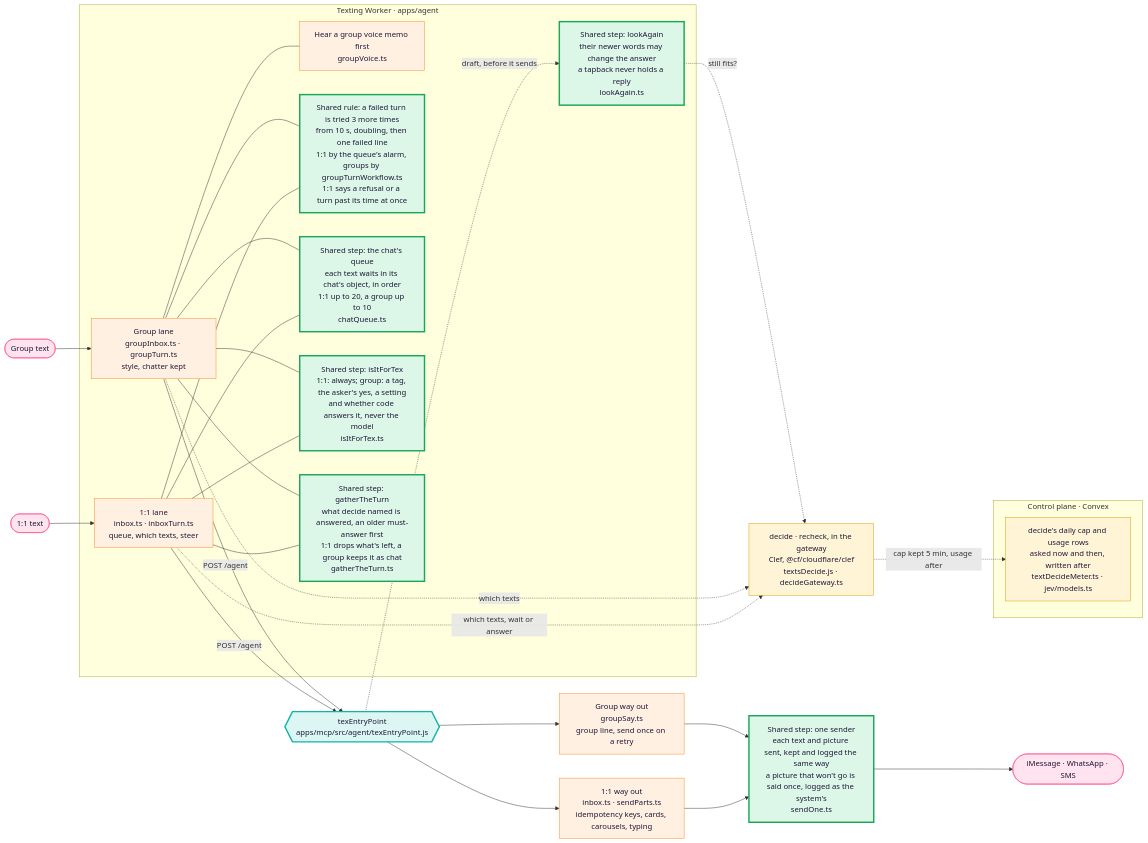
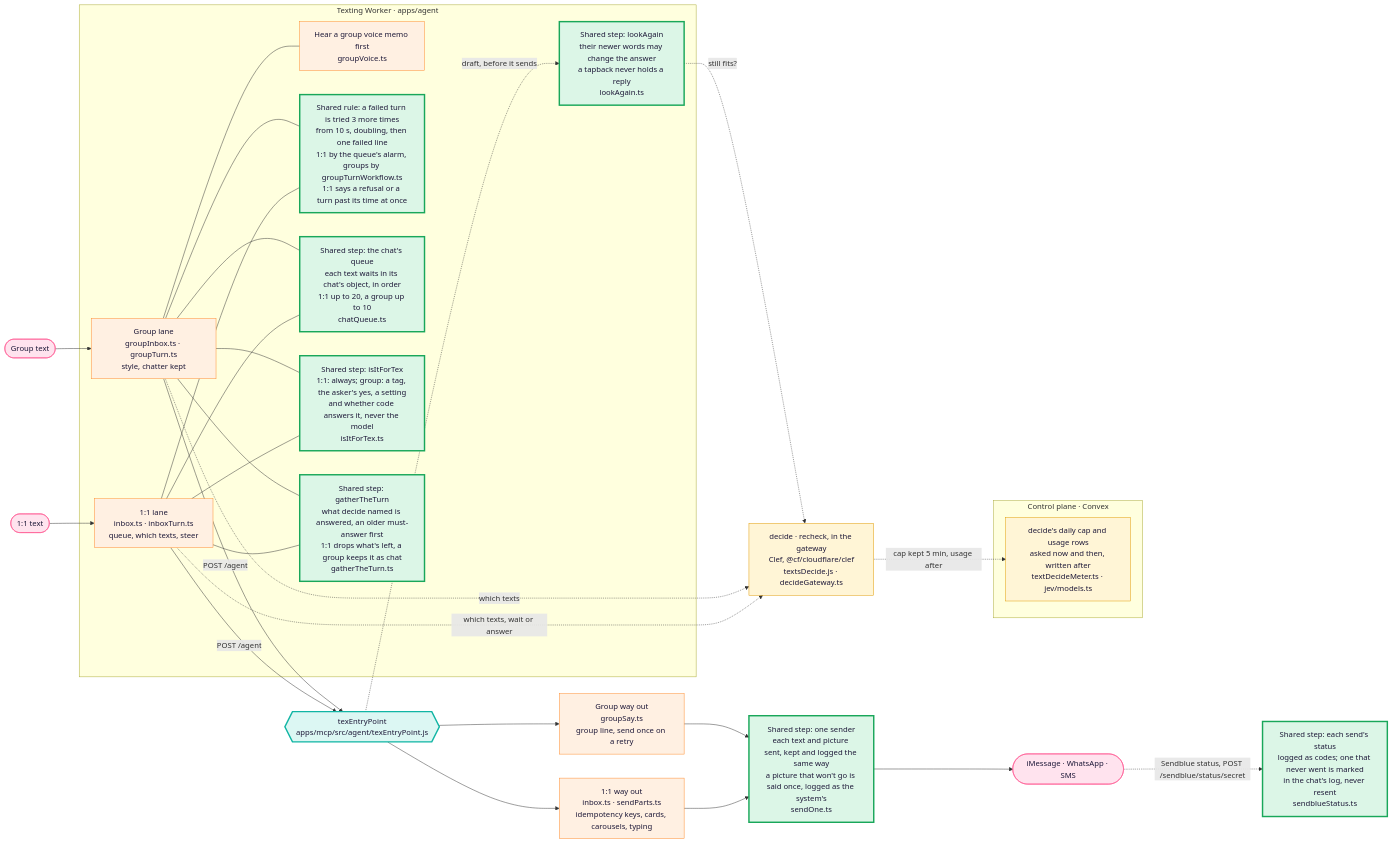
The first of 3 diagrams in docs/architecture/tex.md (Supa-Media/context), drawn with Mermaid before and after one commit. The commit also changed 6 other files, not shown here.

First line of the commit message:
Tex: ask Sendblue for each send's status, and mark a send that never went

````diff
--- a/docs/architecture/tex.md
+++ b/docs/architecture/tex.md
@@ -22,46 +22,47 @@
 ```mermaid
 flowchart LR
   P1([1:1 text]):::you --> W1
   P2([Group text]):::you --> W2
   subgraph Worker["Texting Worker · apps/agent"]
     W1["1:1 lane<br/>inbox.ts · inboxTurn.ts<br/>queue, which texts, steer"]:::pipe
     W2["Group lane<br/>groupInbox.ts · groupTurn.ts<br/>style, chatter kept"]:::pipe
     H["Hear a group voice memo first<br/>groupVoice.ts"]:::pipe
     W2 --- H
     LA["Shared step: lookAgain<br/>their newer words may change the answer<br/>a tapback never holds a reply<br/>lookAgain.ts"]:::shared
     RT["Shared rule: a failed turn is tried 3 more times<br/>from 10 s, doubling, then one failed line<br/>1:1 by the queue's alarm, groups by groupTurnWorkflow.ts<br/>1:1 says a refusal or a turn past its time at once"]:::shared
     W1 --- RT
     W2 --- RT
     Q["Shared step: the chat's queue<br/>each text waits in its chat's object, in order<br/>1:1 up to 20, a group up to 10<br/>chatQueue.ts"]:::shared
     W1 --- Q
     W2 --- Q
     FT["Shared step: isItForTex<br/>1:1: always; group: a tag, the asker's yes, a setting<br/>and whether code answers it, never the model<br/>isItForTex.ts"]:::shared
     W1 --- FT
     W2 --- FT
     GT["Shared step: gatherTheTurn<br/>what decide named is answered, an older must-answer first<br/>1:1 drops what's left, a group keeps it as chat<br/>gatherTheTurn.ts"]:::shared
     W1 --- GT
     W2 --- GT
   end
   D["decide · recheck, in the gateway<br/>Clef, @cf/cloudflare/clef<br/>textsDecide.js · decideGateway.ts"]:::judge
   subgraph Control["Control plane · Convex"]
     CAP["decide's daily cap and usage rows<br/>asked now and then, written after<br/>textDecideMeter.ts · jev/models.ts"]:::judge
   end
   D -. cap kept 5 min, usage after .-> CAP
   W1 -. which texts, wait or answer .-> D
   W2 -. which texts .-> D
   E -. draft, before it sends .-> LA
   LA -. still fits? .-> D
   W1 -->|POST /agent| E
   W2 -->|POST /agent| E
   E{{"texEntryPoint<br/>apps/mcp/src/agent/texEntryPoint.js"}}:::door
   E --> S1["1:1 way out<br/>inbox.ts · sendParts.ts<br/>idempotency keys, cards, carousels, typing"]:::pipe
   E --> S2["Group way out<br/>groupSay.ts<br/>group line, send once on a retry"]:::pipe
   S1 --> SO["Shared step: one sender<br/>each text and picture sent, kept and logged the same way<br/>a picture that won't go is said once, logged as the system's<br/>sendOne.ts"]:::shared
   S2 --> SO
   SO --> Out([iMessage · WhatsApp · SMS]):::you
+  Out -. "Sendblue status, POST /sendblue/status/secret" .-> ST["Shared step: each send's status<br/>logged as codes; one that never went is marked<br/>in the chat's log, never resent<br/>sendblueStatus.ts"]:::shared
   classDef you fill:#ffe3ee,stroke:#ff4f8b,color:#1d1838
   classDef pipe fill:#fff0e2,stroke:#ff8a2a,color:#1d1838
   classDef door fill:#dcf7f3,stroke:#11b5a4,stroke-width:3px,color:#1d1838
   classDef judge fill:#fff5d6,stroke:#e09a00,color:#1d1838
   classDef shared fill:#dcf6e7,stroke:#19a75a,stroke-width:3px,color:#1d1838
 ```
````
